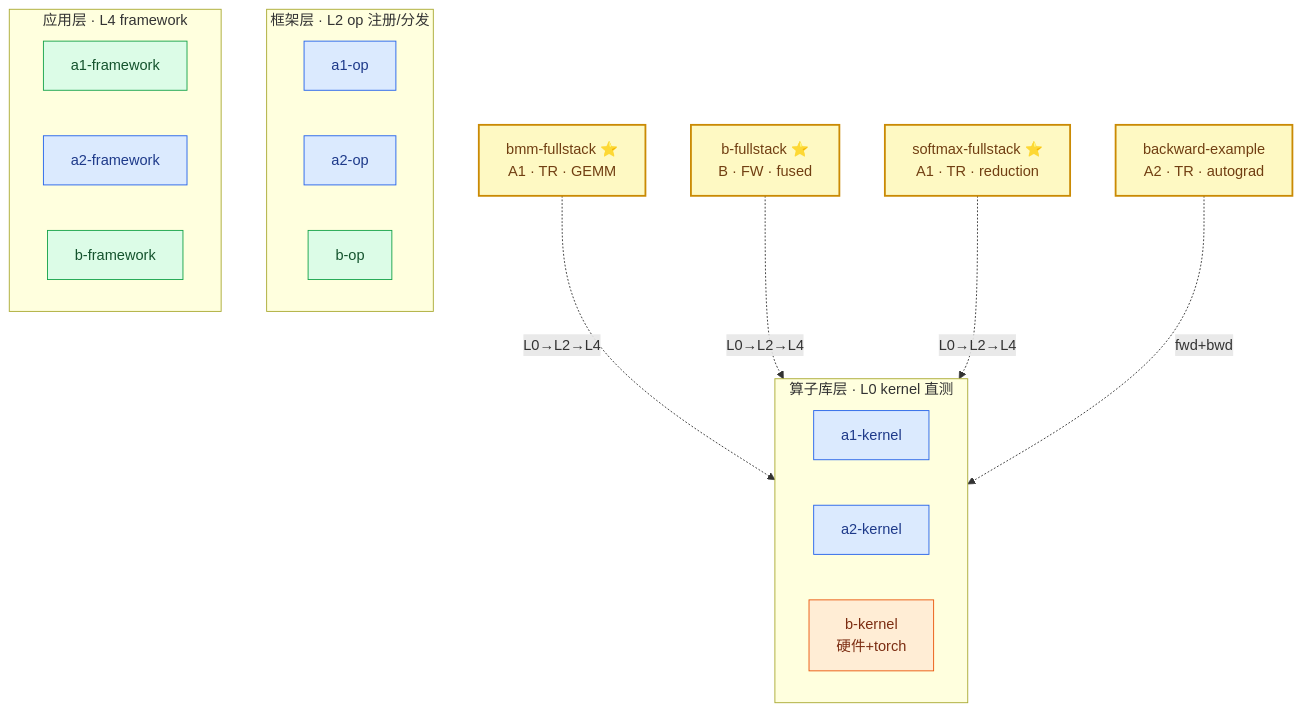
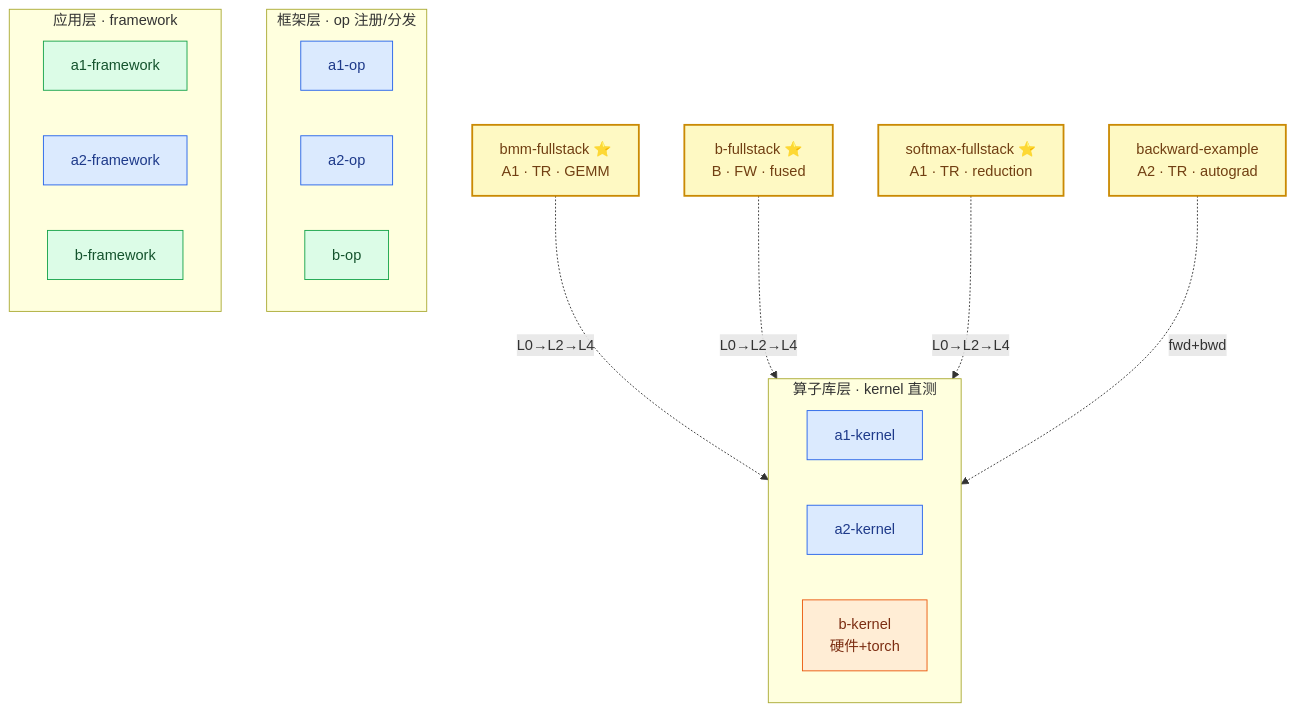
Before and after one commit to FLAG-OP/FlagOS-OP: the diagram in examples/README.md, drawn with Mermaid. The commit also changed 7 other files, not shown here.

````diff
--- a/examples/README.md
+++ b/examples/README.md
@@ -8,36 +8,36 @@
 ```mermaid
 flowchart TB
     classDef tr fill:#dbeafe,stroke:#2563eb,color:#1e3a8a
     classDef fw fill:#dcfce7,stroke:#16a34a,color:#14532d
     classDef hw fill:#ffedd5,stroke:#ea580c,color:#7c2d12
     classDef fs fill:#fef9c3,stroke:#ca8a04,stroke-width:2px,color:#713f12
 
-    subgraph L0["算子库层 · L0 kernel 直测"]
+    subgraph L0["算子库层 · kernel 直测"]
         direction LR
         A1K["a1-kernel"]:::tr
         A2K["a2-kernel"]:::tr
         BK["b-kernel<br/>硬件+torch"]:::hw
     end
-    subgraph L2["框架层 · L2 op 注册/分发"]
+    subgraph L2["框架层 · op 注册/分发"]
         direction LR
         A1O["a1-op"]:::tr
         A2O["a2-op"]:::tr
         BO["b-op"]:::fw
     end
-    subgraph L4["应用层 · L4 framework"]
+    subgraph L4["应用层 · framework"]
         direction LR
         A1F["a1-framework"]:::fw
         A2F["a2-framework"]:::tr
         BF["b-framework"]:::fw
     end
 
     BMM["bmm-fullstack ⭐<br/>A1 · TR · GEMM"]:::fs
     BFS["b-fullstack ⭐<br/>B · FW · fused"]:::fs
     SMX["softmax-fullstack ⭐<br/>A1 · TR · reduction"]:::fs
     BWD["backward-example<br/>A2 · TR · autograd"]:::fs
 
     BMM -. "L0→L2→L4" .-> A1K
     BFS -. "L0→L2→L4" .-> BK
     SMX -. "L0→L2→L4" .-> A1K
     BWD -. "fwd+bwd" .-> A2K
 ```
````
